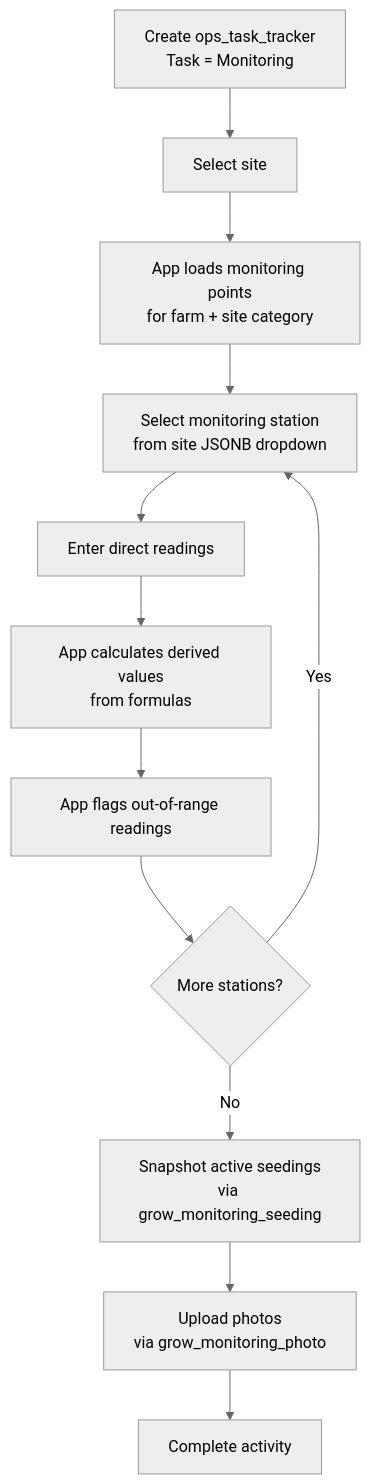
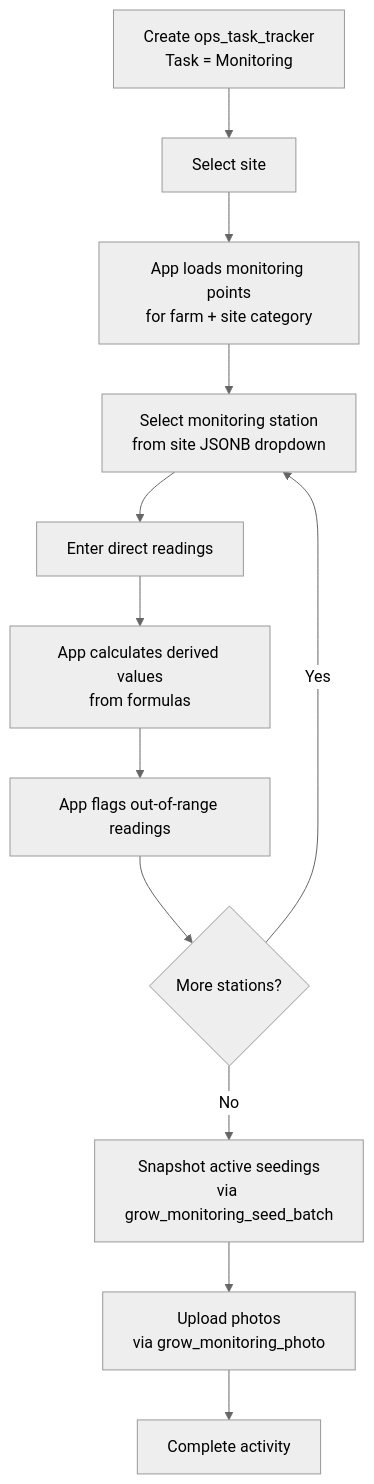
One commit to Hawaii-Farming/aloha-app changed the diagram in docs/processes/20260324_08_grow_monitoring_workflow.md. Above: the diagram before and after it, drawn with Mermaid (neutral theme). The commit also changed other lines of this file and 12 other files, not shown here.

````diff
--- a/docs/processes/20260324_08_grow_monitoring_workflow.md
+++ b/docs/processes/20260324_08_grow_monitoring_workflow.md
@@ -108,14 +108,14 @@
 ```mermaid
 flowchart TD
     A[Create ops_task_tracker\nTask = Monitoring] --> B[Select site]
     B --> C[App loads monitoring points\nfor farm + site category]
     C --> D[Select monitoring station\nfrom site JSONB dropdown]
     D --> E[Enter direct readings]
     E --> F[App calculates derived values\nfrom formulas]
     F --> G[App flags out-of-range readings]
     G --> H{More stations?}
     H -->|Yes| D
-    H -->|No| I[Snapshot active seedings\nvia grow_monitoring_seeding]
+    H -->|No| I[Snapshot active seedings\nvia grow_monitoring_seed_batch]
     I --> J[Upload photos\nvia grow_monitoring_photo]
     J --> K[Complete activity]
 ```
````
